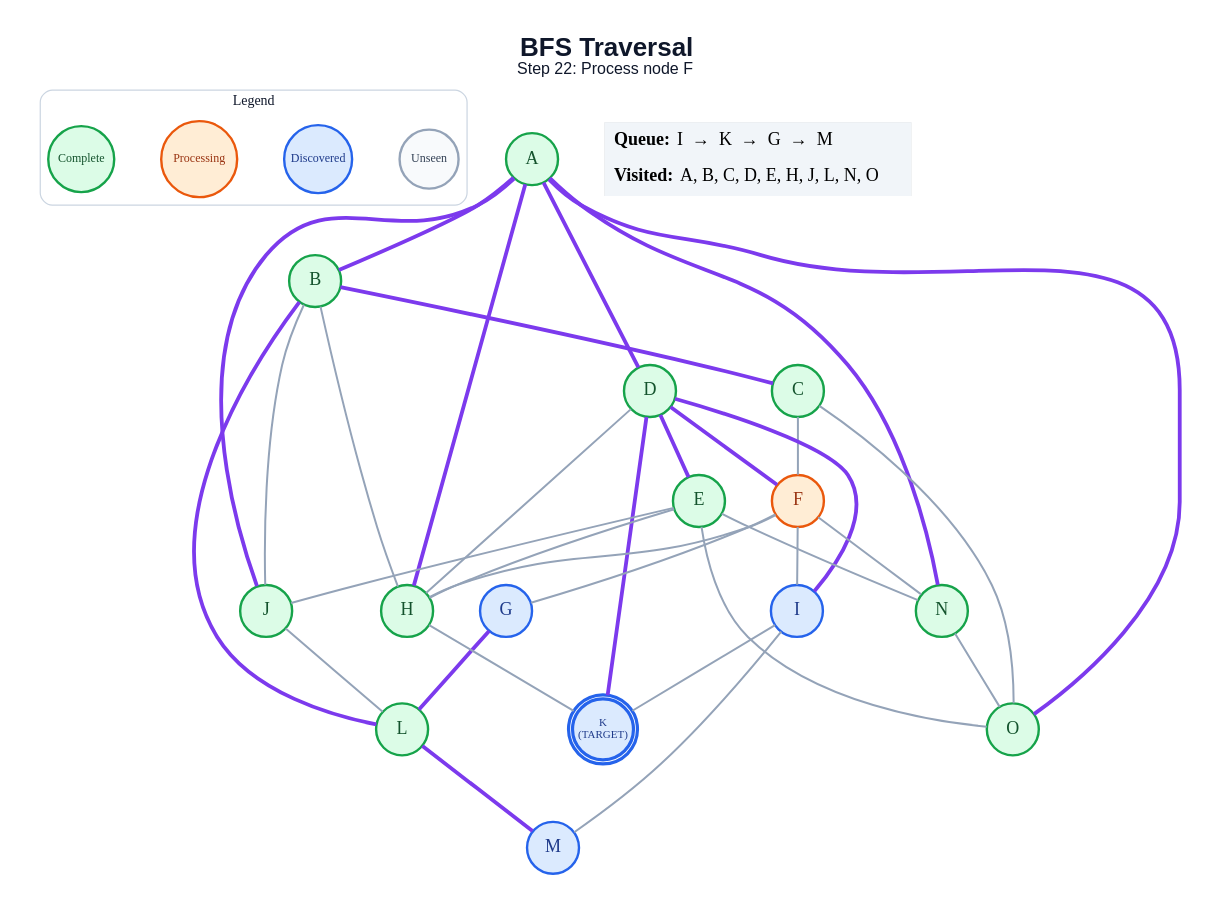
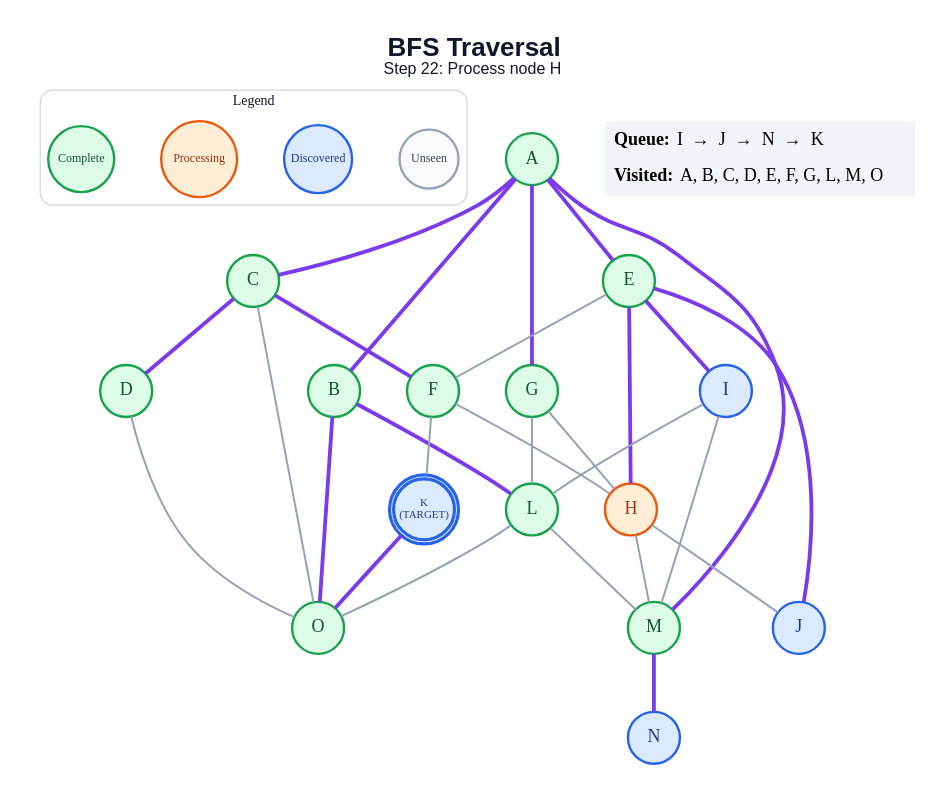
One commit to anon7238593-create/ai-slop changed the diagram in generated/specific-node/bfs/step_22.dot. Above: the diagram before and after it, drawn with Graphviz. The commit also changed 263 other files, not shown here.

```diff
--- a/generated/specific-node/bfs/step_22.dot
+++ b/generated/specific-node/bfs/step_22.dot
@@ -1,66 +1,61 @@
 graph traversal {
   graph [layout=dot, rankdir=TB, bgcolor="#FFFFFF", pad="0.35", nodesep="0.65", ranksep="0.8", fontname="Arial"];
   node [shape=circle, style="filled", fontname="Arial Bold", fontsize=18, width=0.72, fixedsize=true, penwidth=2.4];
   edge [color="#94A3B8", penwidth=2.0];
-  label=<<B>BFS Traversal</B><BR/><FONT POINT-SIZE="16">Step 22: Process node F</FONT>>; labelloc="t"; fontsize=26; fontname="Arial"; fontcolor="#0F172A";
+  label=<<B>BFS Traversal</B><BR/><FONT POINT-SIZE="16">Step 22: Process node H</FONT>>; labelloc="t"; fontsize=26; fontname="Arial"; fontcolor="#0F172A";
   subgraph cluster_legend { label="Legend"; color="#CBD5E1"; penwidth=1.2; style="rounded"; fontsize=14; fontname="Arial Bold";
     key_unseen [label="Unseen", fillcolor="#F8FAFC", color="#94A3B8", fontcolor="#334155", fontsize=12, width=0.82];
     key_frontier [label="Discovered", fillcolor="#DBEAFE", color="#2563EB", fontcolor="#1E3A8A", fontsize=12, width=0.95];
     key_current [label="Processing", fillcolor="#FFEDD5", color="#EA580C", fontcolor="#9A3412", fontsize=12, width=1.05];
     key_done [label="Complete", fillcolor="#DCFCE7", color="#16A34A", fontcolor="#14532D", fontsize=12, width=0.92];
     { rank=same; key_unseen; key_frontier; key_current; key_done; }
   }
   A [label="A", fillcolor="#DCFCE7", color="#16A34A", fontcolor="#14532D", peripheries=1, penwidth=2.4];
   B [label="B", fillcolor="#DCFCE7", color="#16A34A", fontcolor="#14532D", peripheries=1, penwidth=2.4];
   C [label="C", fillcolor="#DCFCE7", color="#16A34A", fontcolor="#14532D", peripheries=1, penwidth=2.4];
   D [label="D", fillcolor="#DCFCE7", color="#16A34A", fontcolor="#14532D", peripheries=1, penwidth=2.4];
   E [label="E", fillcolor="#DCFCE7", color="#16A34A", fontcolor="#14532D", peripheries=1, penwidth=2.4];
-  F [label="F", fillcolor="#FFEDD5", color="#EA580C", fontcolor="#9A3412", peripheries=1, penwidth=2.4];
-  G [label="G", fillcolor="#DBEAFE", color="#2563EB", fontcolor="#1E3A8A", peripheries=1, penwidth=2.4];
-  H [label="H", fillcolor="#DCFCE7", color="#16A34A", fontcolor="#14532D", peripheries=1, penwidth=2.4];
+  F [label="F", fillcolor="#DCFCE7", color="#16A34A", fontcolor="#14532D", peripheries=1, penwidth=2.4];
+  G [label="G", fillcolor="#DCFCE7", color="#16A34A", fontcolor="#14532D", peripheries=1, penwidth=2.4];
+  H [label="H", fillcolor="#FFEDD5", color="#EA580C", fontcolor="#9A3412", peripheries=1, penwidth=2.4];
   I [label="I", fillcolor="#DBEAFE", color="#2563EB", fontcolor="#1E3A8A", peripheries=1, penwidth=2.4];
-  J [label="J", fillcolor="#DCFCE7", color="#16A34A", fontcolor="#14532D", peripheries=1, penwidth=2.4];
+  J [label="J", fillcolor="#DBEAFE", color="#2563EB", fontcolor="#1E3A8A", peripheries=1, penwidth=2.4];
   K [label="K\n(TARGET)", fillcolor="#DBEAFE", color="#2563EB", fontcolor="#1E3A8A", peripheries=2, penwidth=3.2, fontsize=11, width=0.85, height=0.85];
   L [label="L", fillcolor="#DCFCE7", color="#16A34A", fontcolor="#14532D", peripheries=1, penwidth=2.4];
-  M [label="M", fillcolor="#DBEAFE", color="#2563EB", fontcolor="#1E3A8A", peripheries=1, penwidth=2.4];
-  N [label="N", fillcolor="#DCFCE7", color="#16A34A", fontcolor="#14532D", peripheries=1, penwidth=2.4];
+  M [label="M", fillcolor="#DCFCE7", color="#16A34A", fontcolor="#14532D", peripheries=1, penwidth=2.4];
+  N [label="N", fillcolor="#DBEAFE", color="#2563EB", fontcolor="#1E3A8A", peripheries=1, penwidth=2.4];
   O [label="O", fillcolor="#DCFCE7", color="#16A34A", fontcolor="#14532D", peripheries=1, penwidth=2.4];
   A -- B [color="#7C3AED", penwidth=3.8];
-  A -- D [color="#7C3AED", penwidth=3.8];
-  A -- H [color="#7C3AED", penwidth=3.8];
-  A -- J [color="#7C3AED", penwidth=3.8];
-  A -- N [color="#7C3AED", penwidth=3.8];
-  A -- O [color="#7C3AED", penwidth=3.8];
-  B -- C [color="#7C3AED", penwidth=3.8];
-  B -- H;
-  B -- J;
+  A -- C [color="#7C3AED", penwidth=3.8];
+  A -- E [color="#7C3AED", penwidth=3.8];
+  A -- G [color="#7C3AED", penwidth=3.8];
+  A -- M [color="#7C3AED", penwidth=3.8];
   B -- L [color="#7C3AED", penwidth=3.8];
-  C -- F;
+  B -- O [color="#7C3AED", penwidth=3.8];
+  C -- D [color="#7C3AED", penwidth=3.8];
+  C -- F [color="#7C3AED", penwidth=3.8];
   C -- O;
-  D -- E [color="#7C3AED", penwidth=3.8];
-  D -- F [color="#7C3AED", penwidth=3.8];
-  D -- H;
-  D -- I [color="#7C3AED", penwidth=3.8];
-  D -- K [color="#7C3AED", penwidth=3.8];
-  E -- H;
-  E -- J;
-  E -- N;
-  E -- O;
-  F -- G;
+  D -- O;
+  E -- F;
+  E -- H [color="#7C3AED", penwidth=3.8];
+  E -- I [color="#7C3AED", penwidth=3.8];
+  E -- J [color="#7C3AED", penwidth=3.8];
   F -- H;
-  F -- I;
-  F -- N;
-  G -- L [color="#7C3AED", penwidth=3.8];
-  H -- K;
-  I -- K;
+  F -- K;
+  G -- H;
+  G -- L;
+  H -- J;
+  H -- M;
+  I -- L;
   I -- M;
-  J -- L;
-  L -- M [color="#7C3AED", penwidth=3.8];
-  N -- O;
+  K -- O [color="#7C3AED", penwidth=3.8];
+  L -- M;
+  L -- O;
+  M -- N [color="#7C3AED", penwidth=3.8];
   status [shape=plain, fixedsize=false, width=0, height=0, margin=0, label=<
     <TABLE BORDER="0" CELLBORDER="0" CELLPADDING="7" BGCOLOR="#F1F5F9">
-      <TR><TD ALIGN="LEFT"><B>Queue:</B> I  →  K  →  G  →  M</TD></TR>
-      <TR><TD ALIGN="LEFT"><B>Visited:</B> A, B, C, D, E, H, J, L, N, O</TD></TR>
+      <TR><TD ALIGN="LEFT"><B>Queue:</B> I  →  J  →  N  →  K</TD></TR>
+      <TR><TD ALIGN="LEFT"><B>Visited:</B> A, B, C, D, E, F, G, L, M, O</TD></TR>
     </TABLE>
   >];
 }
```
